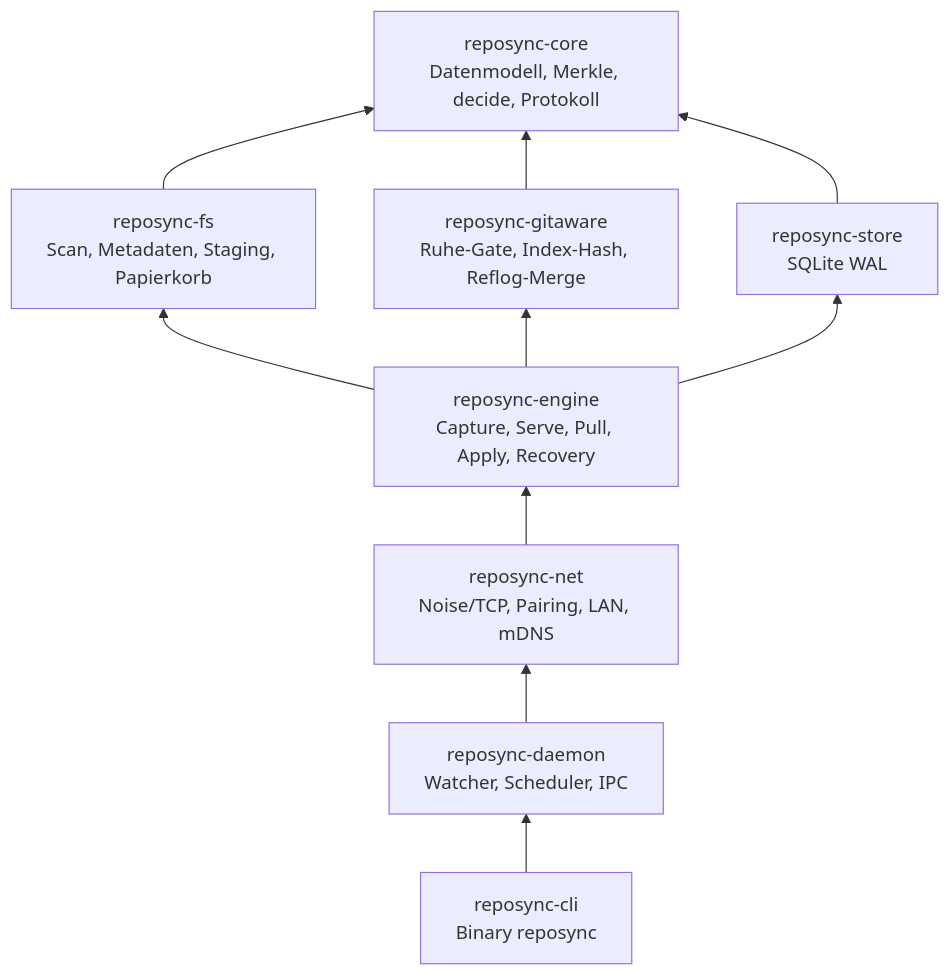
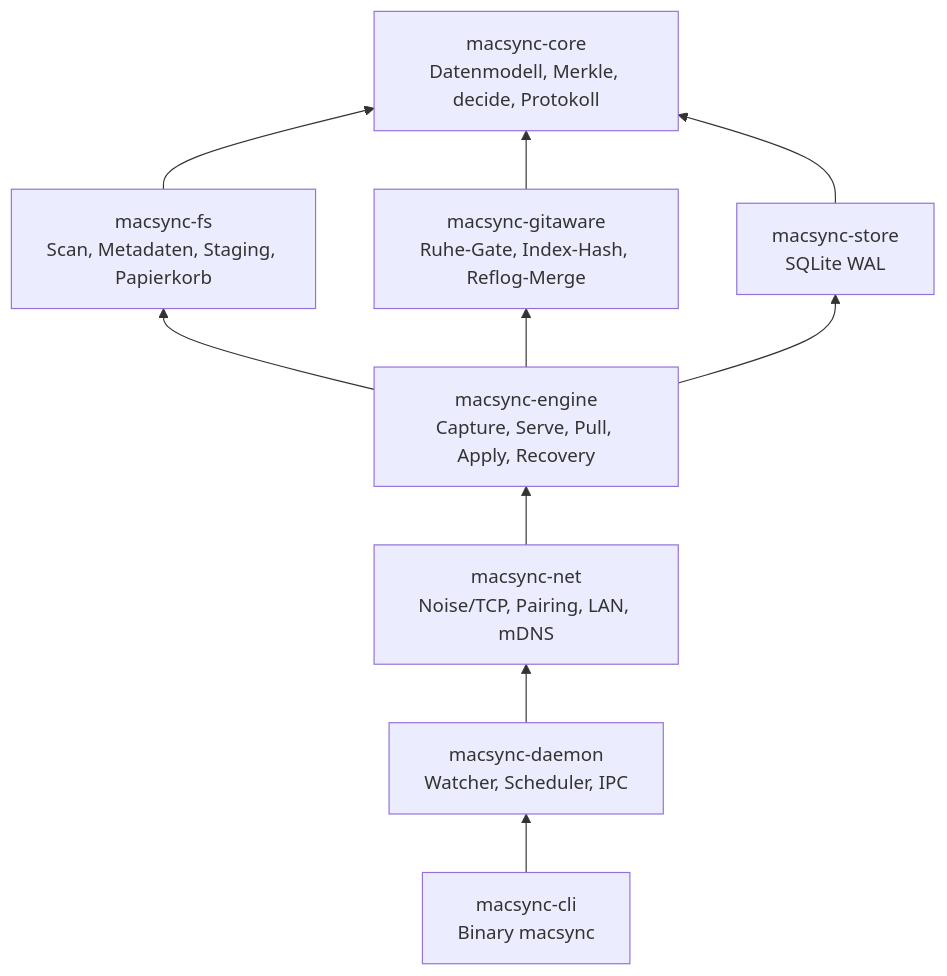
The first of 2 diagrams in docs/architecture.md (chrisurf/MacSync), drawn with Mermaid before and after one commit. The commit also changed other lines of this file and 104 other files, not shown here.

````diff
--- a/docs/architecture.md
+++ b/docs/architecture.md
@@ -8,18 +8,18 @@
 ```mermaid
 flowchart BT
-  core[reposync-core<br/>Datenmodell, Merkle, decide, Protokoll]
-  fs[reposync-fs<br/>Scan, Metadaten, Staging, Papierkorb]
-  git[reposync-gitaware<br/>Ruhe-Gate, Index-Hash, Reflog-Merge]
-  store[reposync-store<br/>SQLite WAL]
-  engine[reposync-engine<br/>Capture, Serve, Pull, Apply, Recovery]
-  net[reposync-net<br/>Noise/TCP, Pairing, LAN, mDNS]
-  daemon[reposync-daemon<br/>Watcher, Scheduler, IPC]
-  cli[reposync-cli<br/>Binary reposync]
+  core[macsync-core<br/>Datenmodell, Merkle, decide, Protokoll]
+  fs[macsync-fs<br/>Scan, Metadaten, Staging, Papierkorb]
+  git[macsync-gitaware<br/>Ruhe-Gate, Index-Hash, Reflog-Merge]
+  store[macsync-store<br/>SQLite WAL]
+  engine[macsync-engine<br/>Capture, Serve, Pull, Apply, Recovery]
+  net[macsync-net<br/>Noise/TCP, Pairing, LAN, mDNS]
+  daemon[macsync-daemon<br/>Watcher, Scheduler, IPC]
+  cli[macsync-cli<br/>Binary macsync]
   fs --> core
   git --> core
   store --> core
   engine --> fs & git & store
   net --> engine
   daemon --> net
   cli --> daemon
 ```
````
